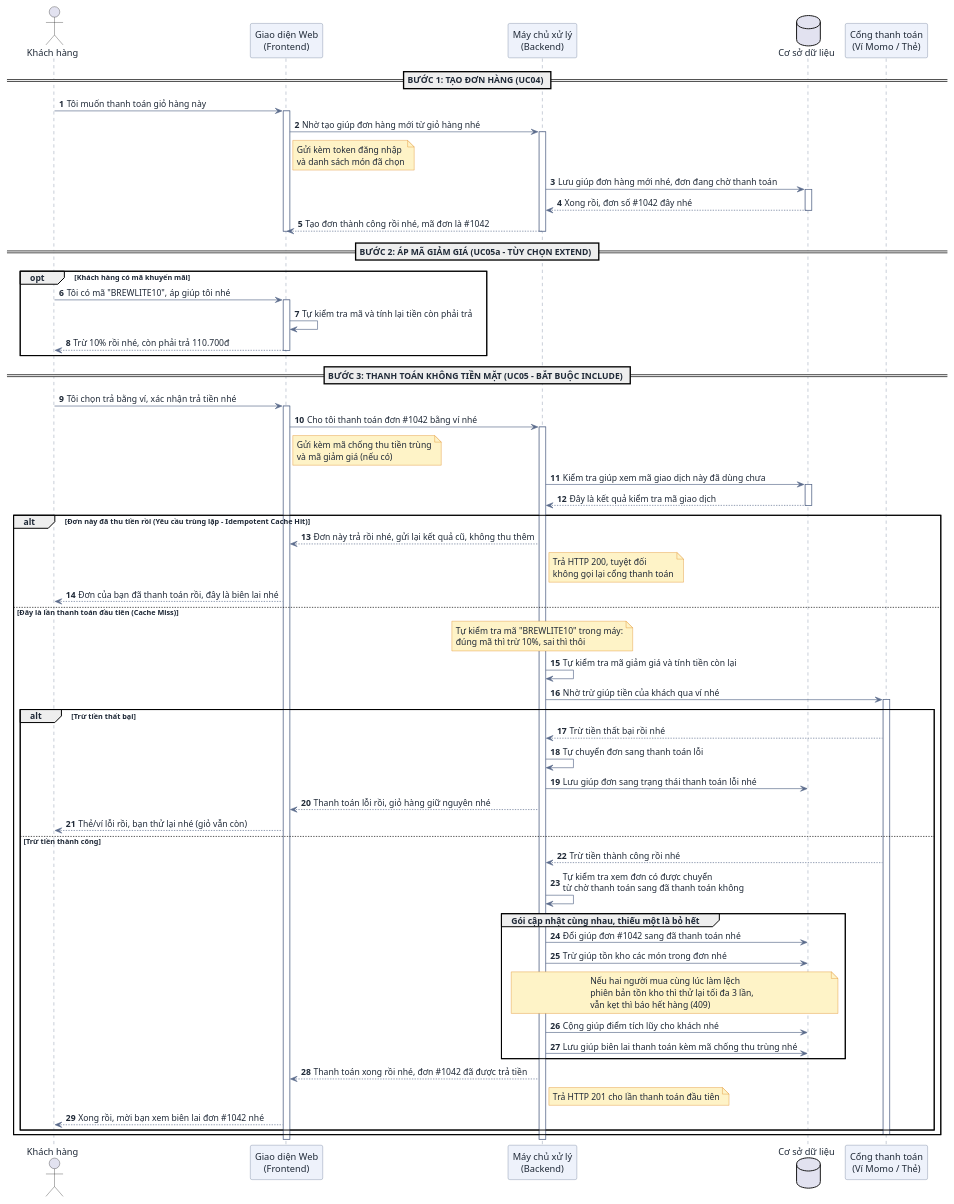
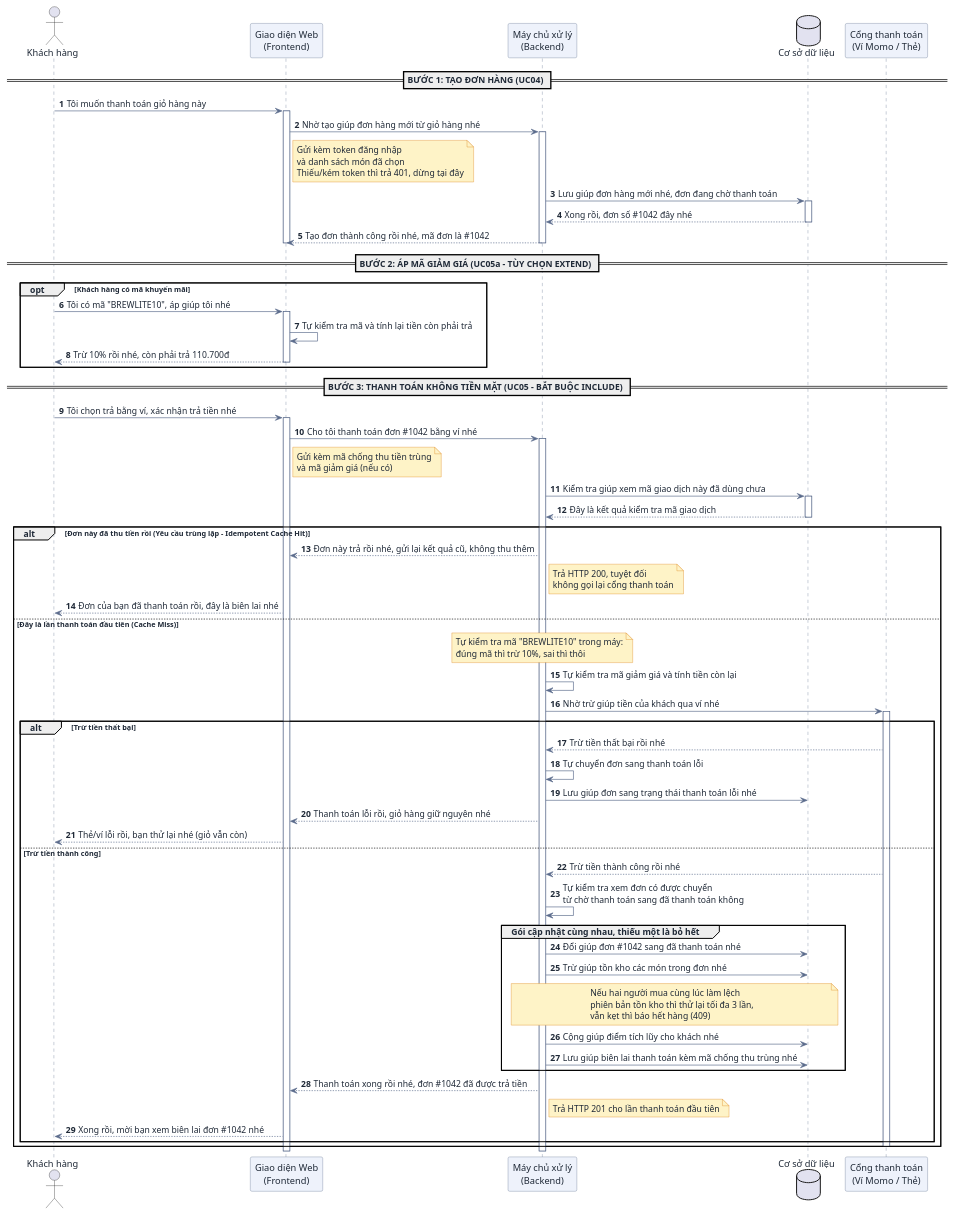
One commit to DuVinhLoi/BrewLite changed the fourth of 6 diagrams in docs/user-sequence-specifications.md. Above: the diagram before and after it, drawn with PlantUML. The commit also changed other lines of this file and 1 other file, not shown here.

Commit message:
docs: list PATCH orders endpoint and 401 guard for POST orders

```diff
--- a/docs/user-sequence-specifications.md
+++ b/docs/user-sequence-specifications.md
@@ -262,7 +262,7 @@
 User -> FE : Tôi muốn thanh toán giỏ hàng này
 activate FE
 FE -> BE : Nhờ tạo giúp đơn hàng mới từ giỏ hàng nhé
-note right of FE #fef3c7 : Gửi kèm token đăng nhập\nvà danh sách món đã chọn
+note right of FE #fef3c7 : Gửi kèm token đăng nhập\nvà danh sách món đã chọn\nThiếu/kém token thì trả 401, dừng tại đây
 activate BE
 BE -> DB : Lưu giúp đơn hàng mới nhé, đơn đang chờ thanh toán
 activate DB
```
